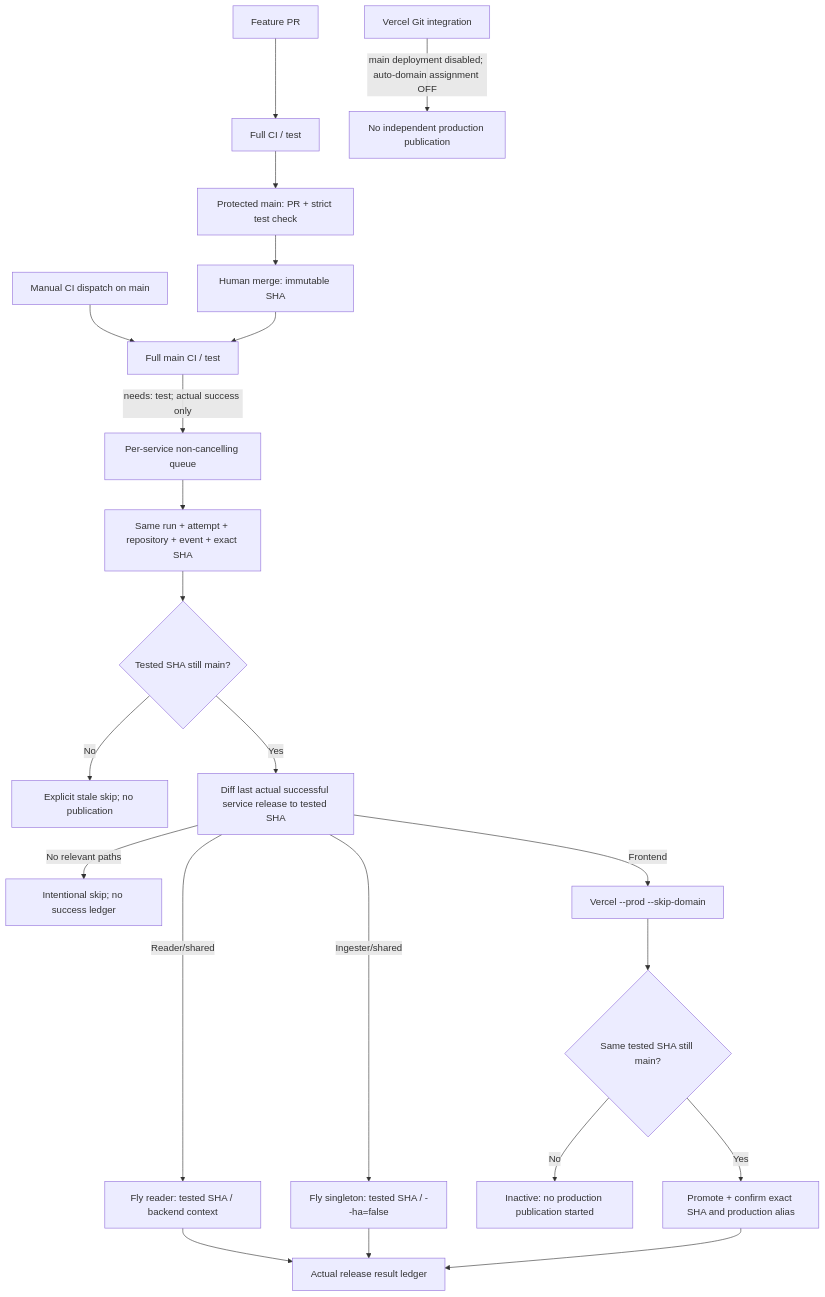
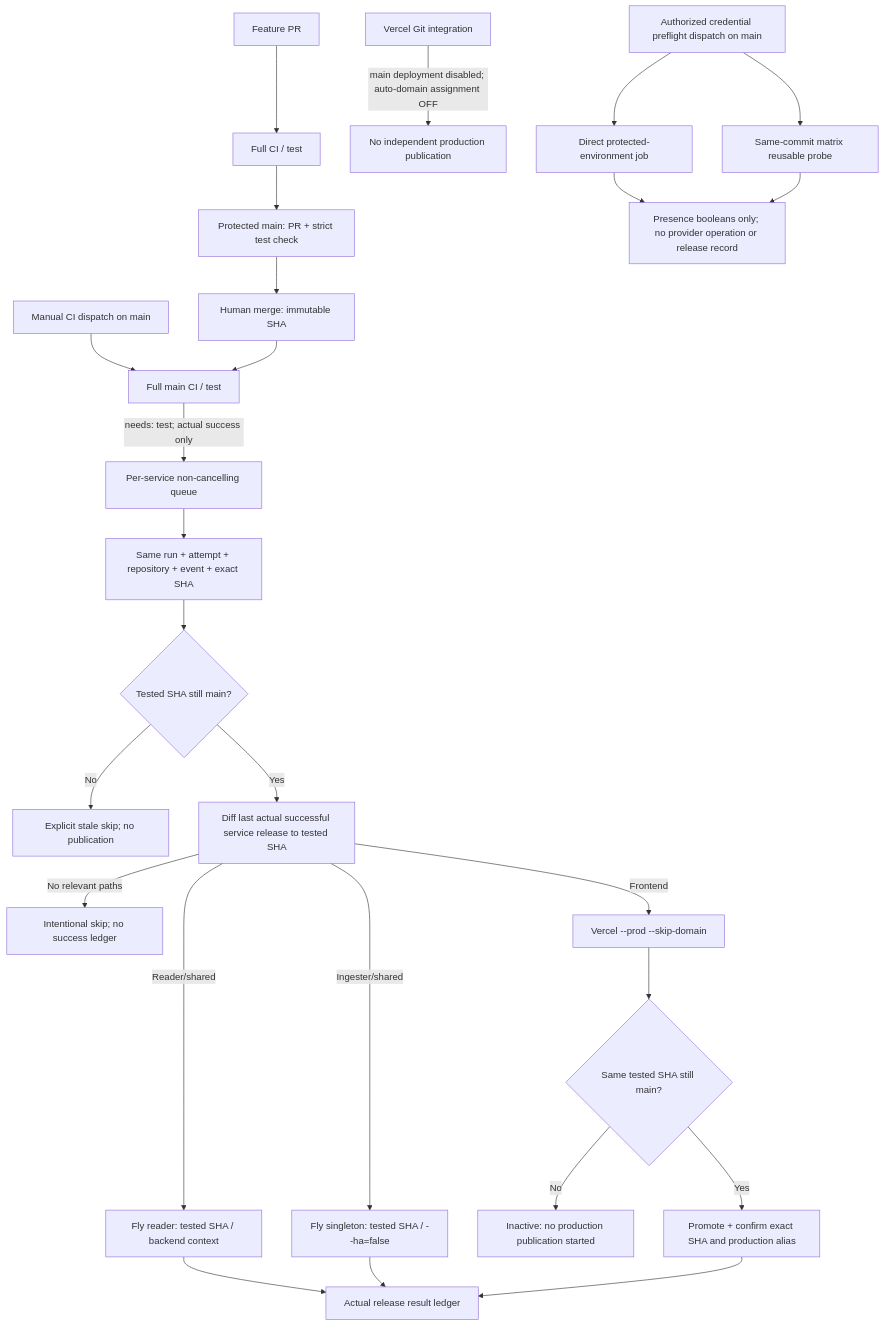
The fourth of 4 diagrams in docs/backend/ARCHITECTURE.md (mcasillas17/ScoreArc), drawn with Mermaid before and after one commit. The commit also changed other lines of this file and 12 other files, not shown here.

````diff
--- a/docs/backend/ARCHITECTURE.md
+++ b/docs/backend/ARCHITECTURE.md
@@ -637,25 +637,29 @@
 ```mermaid
 flowchart TD
   PR["Feature PR"] --> PRCI["Full CI / test"]
   PRCI --> Protection["Protected main: PR + strict test check"]
   Protection --> Merge["Human merge: immutable SHA"]
   Manual["Manual CI dispatch on main"] --> MainCI
   Merge --> MainCI["Full main CI / test"]
   MainCI -->|"needs: test; actual success only"| Queue
   Eligibility["Same run + attempt + repository + event + exact SHA"]
   Queue["Per-service non-cancelling queue"] --> Eligibility
   Eligibility --> Head{"Tested SHA still main?"}
   Head -->|"No"| Skip["Explicit stale skip; no publication"]
   Head -->|"Yes"| Paths["Diff last actual successful service release to tested SHA"]
   Paths -->|"No relevant paths"| Unchanged["Intentional skip; no success ledger"]
   Paths -->|"Reader/shared"| ReaderRelease["Fly reader: tested SHA / backend context"]
   Paths -->|"Ingester/shared"| IngesterRelease["Fly singleton: tested SHA / --ha=false"]
   Paths -->|"Frontend"| Stage["Vercel --prod --skip-domain"]
   Stage --> Recheck{"Same tested SHA still main?"}
   Recheck -->|"No"| Inert["Inactive: no production publication started"]
   Recheck -->|"Yes"| Promote["Promote + confirm exact SHA and production alias"]
   ReaderRelease --> Ledger["Actual release result ledger"]
   IngesterRelease --> Ledger
   Promote --> Ledger
   Git["Vercel Git integration"] -->|"main deployment disabled; auto-domain assignment OFF"| NoBypass["No independent production publication"]
+  Diagnostic["Authorized credential preflight dispatch on main"] --> DirectProbe["Direct protected-environment job"]
+  Diagnostic --> ReusableProbe["Same-commit matrix reusable probe"]
+  DirectProbe --> Presence["Presence booleans only; no provider operation or release record"]
+  ReusableProbe --> Presence
 ```
````
